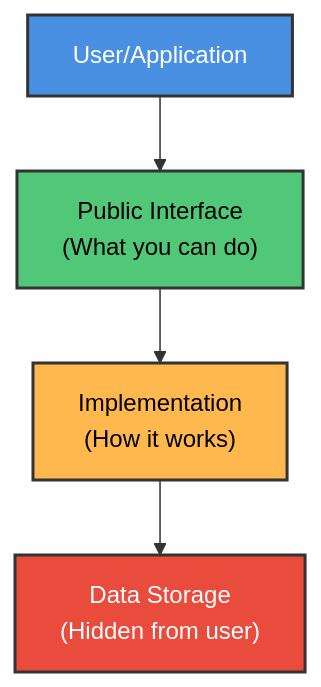
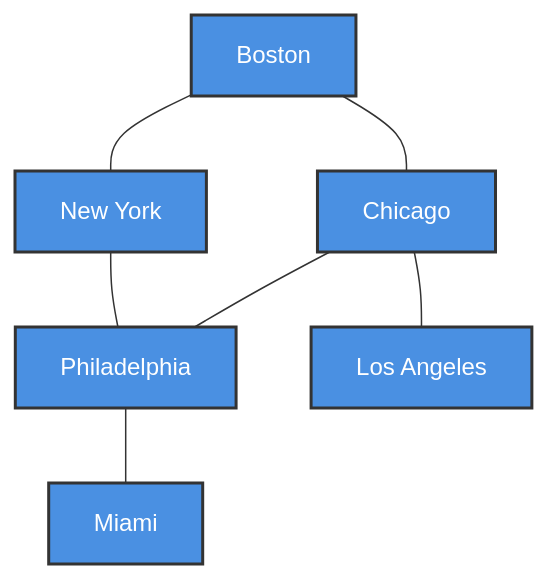
Diagram 17 of 29 in Chapter 1 - Introduction and Overview/README.md (M-F-Tushar/CSE-2101-Data-Structure), drawn with Mermaid before and after one commit. The commit also changed other lines of this file, not shown here.

````diff
--- a/Chapter 1 - Introduction and Overview/README.md
+++ b/Chapter 1 - Introduction and Overview/README.md
@@ -874,11 +555,16 @@
 ```mermaid
 graph TD
-    USER["User/Application"] --> INTERFACE["Public Interface<br/>(What you can do)"]
-    INTERFACE --> IMPL["Implementation<br/>(How it works)"]
-    IMPL --> DATA["Data Storage<br/>(Hidden from user)"]
+    A["Boston"] --- B["New York"]
+    A --- C["Chicago"]
+    B --- D["Philadelphia"]
+    C --- D
+    D --- E["Miami"]
+    C --- F["Los Angeles"]
     
-    style USER fill:#4A90E2,stroke:#333,stroke-width:2px,color:#fff
-    style INTERFACE fill:#50C878,stroke:#333,stroke-width:2px,color:#000
-    style IMPL fill:#FFB84D,stroke:#333,stroke-width:2px,color:#000
-    style DATA fill:#E94B3C,stroke:#333,stroke-width:2px,color:#fff
+    style A fill:#4A90E2,stroke:#333,stroke-width:2px,color:#fff
+    style B fill:#4A90E2,stroke:#333,stroke-width:2px,color:#fff
+    style C fill:#4A90E2,stroke:#333,stroke-width:2px,color:#fff
+    style D fill:#4A90E2,stroke:#333,stroke-width:2px,color:#fff
+    style E fill:#4A90E2,stroke:#333,stroke-width:2px,color:#fff
+    style F fill:#4A90E2,stroke:#333,stroke-width:2px,color:#fff
 ```
````
